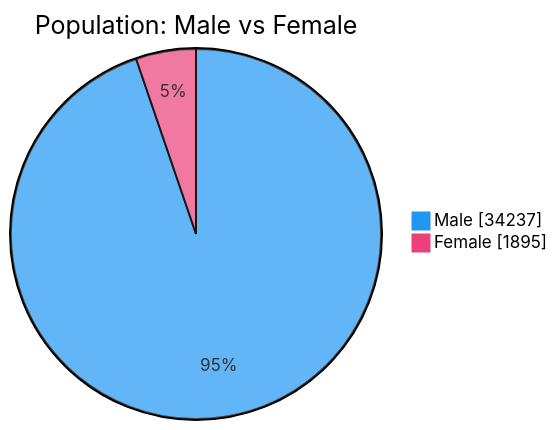
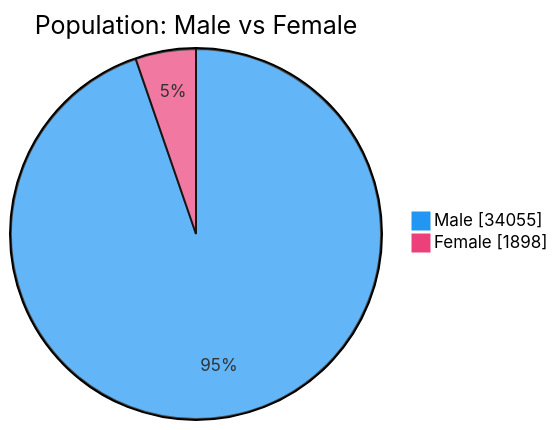
Before and after one commit to nuuuwan/lk_prisons: the second of 7 diagrams in README.md, drawn with Mermaid. The commit also changed other lines of this file and 1 other file, not shown here.

````diff
--- a/README.md
+++ b/README.md
@@ -54,6 +54,6 @@
 ```mermaid
 %%{init: {'themeVariables': {'pie1': '#2196F3', 'pie2': '#EC407A'}}}%%
 pie showData title Population: Male vs Female
-    "Male" : 34237
-    "Female" : 1895
+    "Male" : 34055
+    "Female" : 1898
 ```
````
